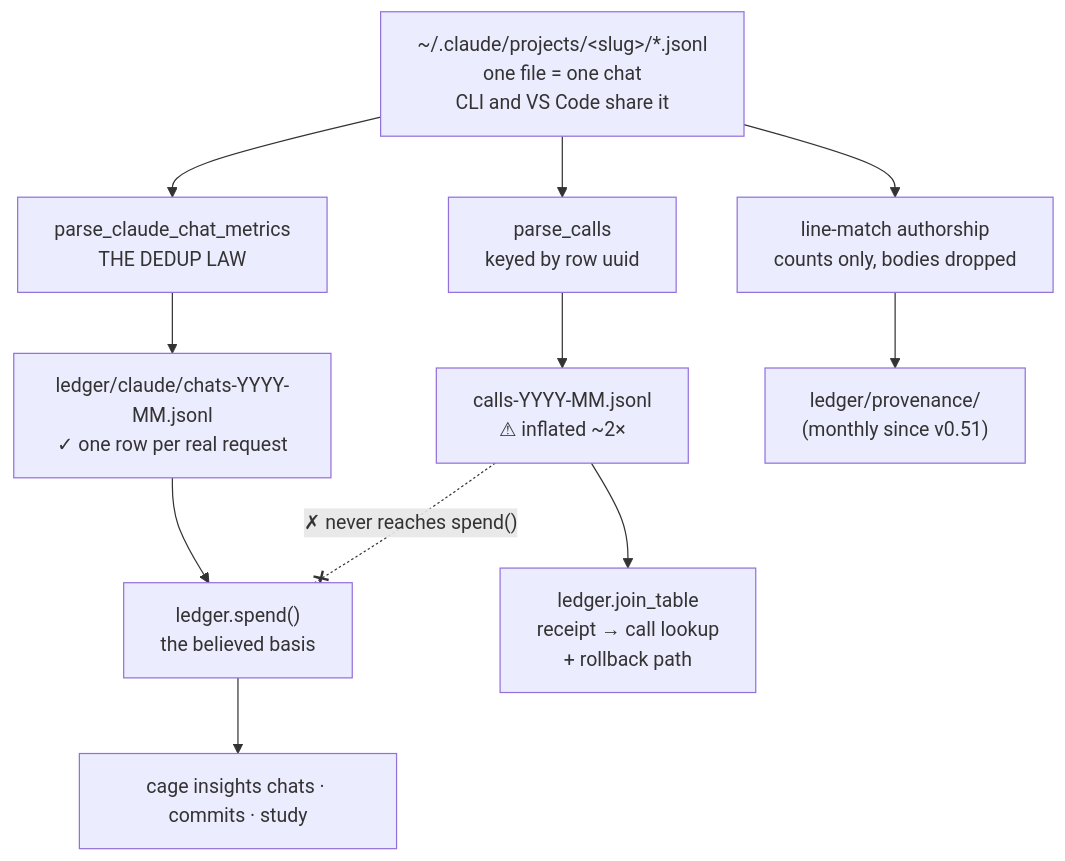
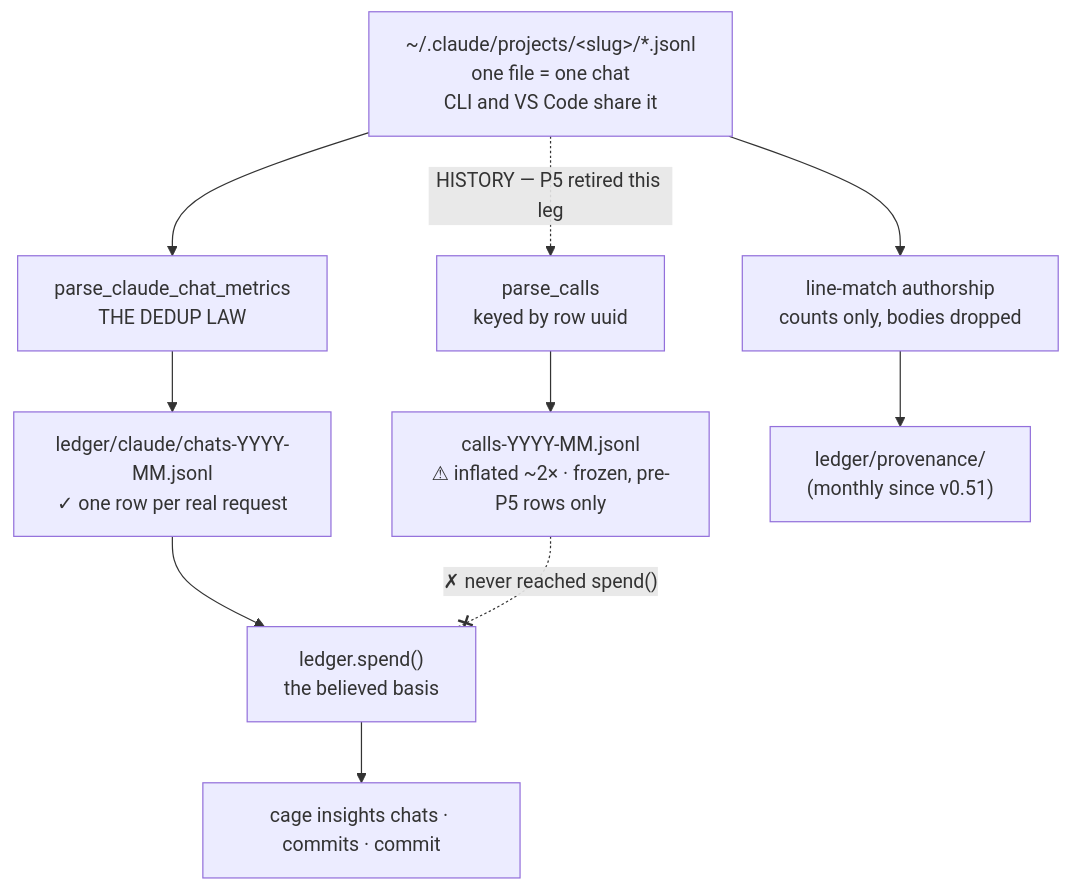
The diagram in docs/adr/0003_claude.md (arpitarya/cage), drawn with Mermaid before and after one commit. The commit also changed other lines of this file and 99 other files, not shown here.

First line of the commit message:
STUDY-CUT + ADR-CLEANUP: delete the fleet study whole, restore state/ pruning as `cage clean`

````diff
--- a/docs/adr/0003_claude.md
+++ b/docs/adr/0003_claude.md
@@ -45,14 +45,13 @@
 ```mermaid
 flowchart TD
     T["~/.claude/projects/&lt;slug&gt;/*.jsonl<br/>one file = one chat<br/>CLI and VS Code share it"]
-    T --> P1["parse_calls<br/>keyed by row uuid"]
+    T -.->|"HISTORY — P5 retired this leg"| P1["parse_calls<br/>keyed by row uuid"]
     T --> P2["parse_claude_chat_metrics<br/>THE DEDUP LAW"]
-    P1 --> C["calls-YYYY-MM.jsonl<br/>⚠ inflated ~2×"]
+    P1 --> C["calls-YYYY-MM.jsonl<br/>⚠ inflated ~2× · frozen, pre-P5 rows only"]
     P2 --> M["ledger/claude/chats-YYYY-MM.jsonl<br/>✓ one row per real request"]
     M --> S["ledger.spend()<br/>the believed basis"]
-    C --> J["ledger.join_table<br/>receipt → call lookup<br/>+ rollback path"]
-    C -. "✗ never reaches spend()" .-x S
-    S --> V["cage insights chats · commits · study"]
+    C -. "✗ never reached spend()" .-x S
+    S --> V["cage insights chats · commits · commit"]
     T --> A["line-match authorship<br/>counts only, bodies dropped"]
     A --> PR["ledger/provenance/<br/>(monthly since v0.51)"]
 ```
````
